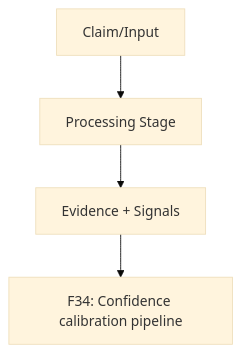
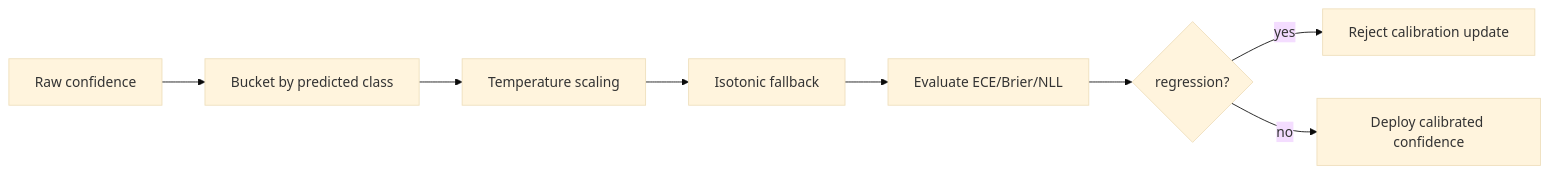
The eighth of 8 diagrams in methodology/figures/05-verdict-policy-and-calibration-pack.md (Luxia-AI/docs), drawn with Mermaid (base theme) before and after one commit. The commit also changed other lines of this file and 9 other files, not shown here.

First line of the commit message:
Refactor methodology figures with updated Mermaid diagrams and enhanced clarity across multiple packs. Key changes include:

````diff
--- a/methodology/figures/05-verdict-policy-and-calibration-pack.md
+++ b/methodology/figures/05-verdict-policy-and-calibration-pack.md
@@ -208,6 +243,10 @@
 ```mermaid
-flowchart TD
-    A[Claim/Input] --> B[Processing Stage]
-    B --> C[Evidence + Signals]
-    C --> D[F34: Confidence calibration pipeline]
+flowchart LR
+  P[Raw confidence] --> B1[Bucket by predicted class]
+  B1 --> C1[Temperature scaling]
+  C1 --> C2[Isotonic fallback]
+  C2 --> E1[Evaluate ECE/Brier/NLL]
+  E1 --> G{regression?}
+  G -- yes --> R[Reject calibration update]
+  G -- no --> D[Deploy calibrated confidence]
 ```
````
